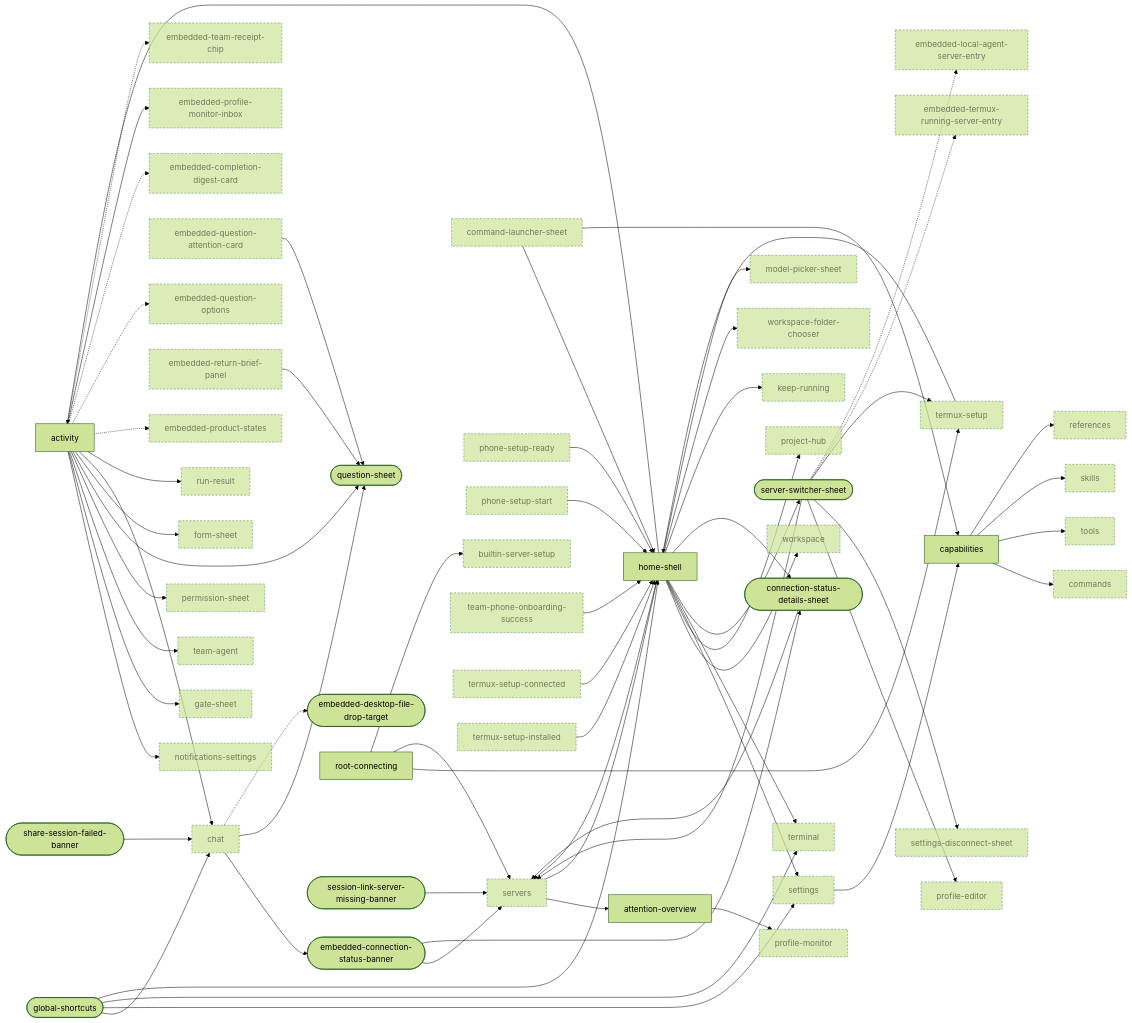
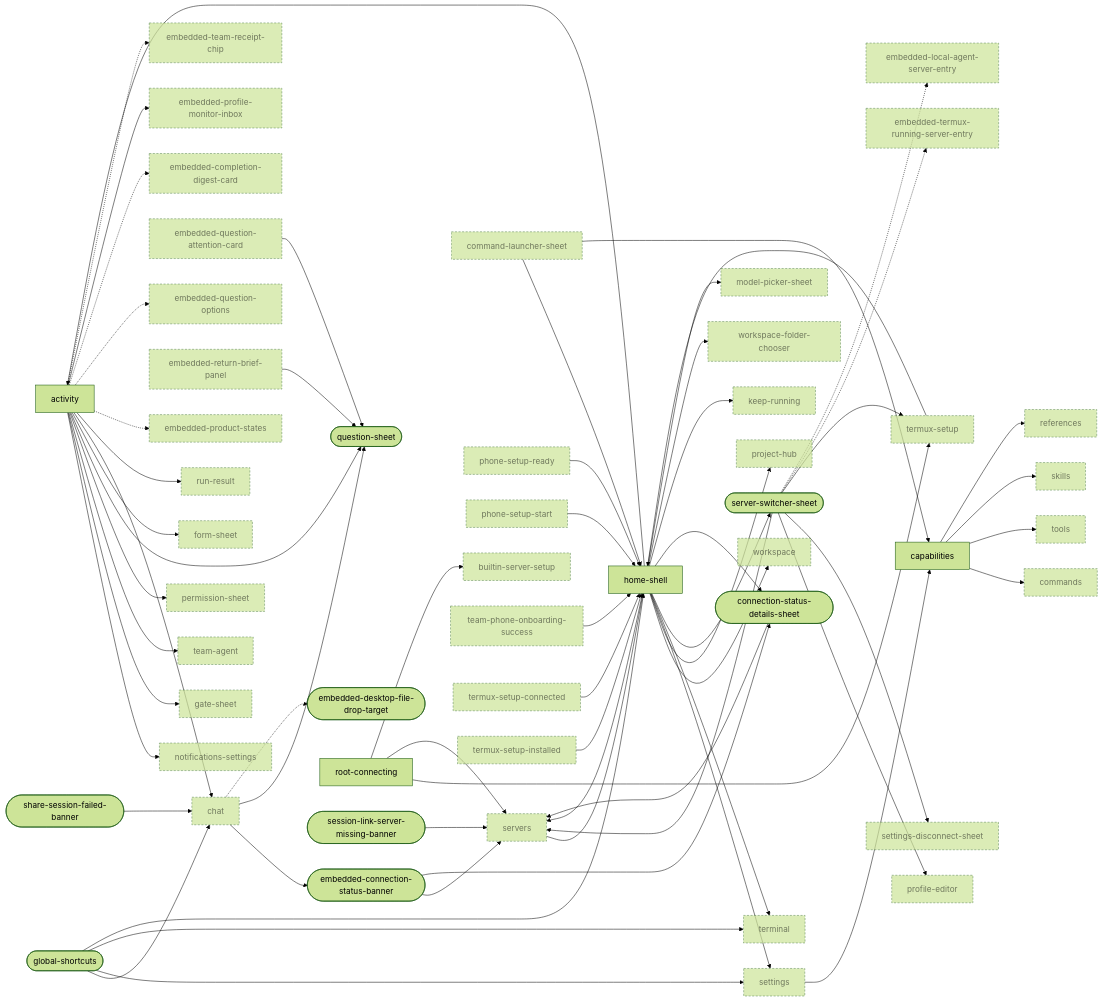
The first of 10 diagrams in docs/design/ui-ledger/navigation.md (Breskott/opencode-mobile-next), drawn with Mermaid (forest theme) before and after one commit. The commit also changed other lines of this file and 75 other files, not shown here.

````diff
--- a/docs/design/ui-ledger/navigation.md
+++ b/docs/design/ui-ledger/navigation.md
@@ -21,7 +21,6 @@
 ```mermaid
 graph LR
   activity["activity"]
-  attention_overview["attention-overview"]
   builtin_server_setup["builtin-server-setup"]:::ext
   capabilities["capabilities"]
   chat["chat"]:::ext
@@ -50,7 +49,6 @@
   phone_setup_ready["phone-setup-ready"]:::ext
   phone_setup_start["phone-setup-start"]:::ext
   profile_editor["profile-editor"]:::ext
-  profile_monitor["profile-monitor"]:::ext
   project_hub["project-hub"]:::ext
   question_sheet(["question-sheet"])
   references["references"]:::ext
@@ -108,13 +106,11 @@
   capabilities --> tools
   capabilities --> skills
   capabilities --> references
-  attention_overview --> profile_monitor
   chat --> embedded_connection_status_banner
   chat --> question_sheet
   command_launcher_sheet --> home_shell
   command_launcher_sheet --> capabilities
   embedded_question_attention_card --> question_sheet
-  servers --> attention_overview
   servers --> home_shell
   termux_setup_connected --> home_shell
   termux_setup_installed --> home_shell
````
